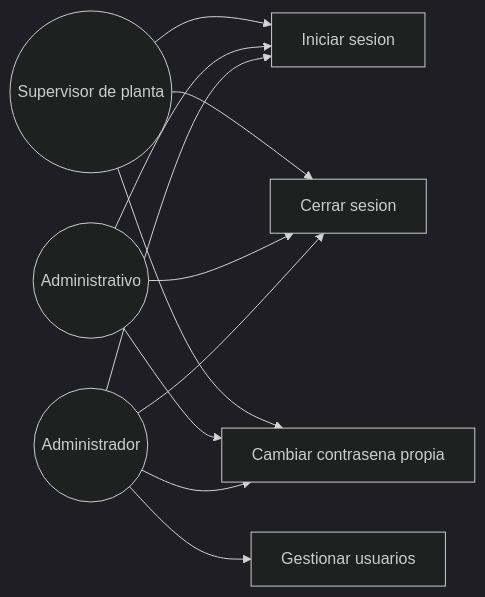
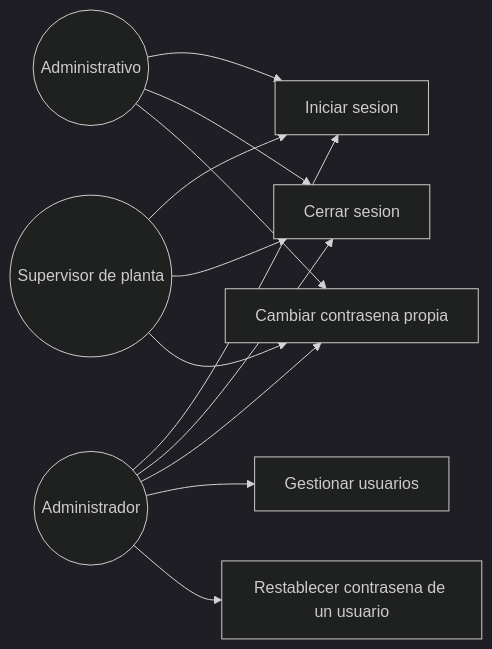
One commit to adlerOmonte1/LogisticaMinera changed the diagram in docs/modulos/M01-autenticacion/diagramas/caso_uso.md. Above: the diagram before and after it, drawn with Mermaid (dark theme). The commit also changed other lines of this file and 72 other files, not shown here.

````diff
--- a/docs/modulos/M01-autenticacion/diagramas/caso_uso.md
+++ b/docs/modulos/M01-autenticacion/diagramas/caso_uso.md
@@ -3,24 +3,26 @@
 ```mermaid
 flowchart LR
     ADM(("Administrador"))
     ADV(("Administrativo"))
     SUP(("Supervisor de planta"))
 
     UC1["Iniciar sesion"]
     UC2["Cerrar sesion"]
     UC3["Cambiar contrasena propia"]
     UC4["Gestionar usuarios"]
+    UC5["Restablecer contrasena de un usuario"]
 
     ADM --> UC1
     ADM --> UC2
     ADM --> UC3
     ADM --> UC4
+    ADM --> UC5
 
     ADV --> UC1
     ADV --> UC2
     ADV --> UC3
 
     SUP --> UC1
     SUP --> UC2
     SUP --> UC3
 ```
````
